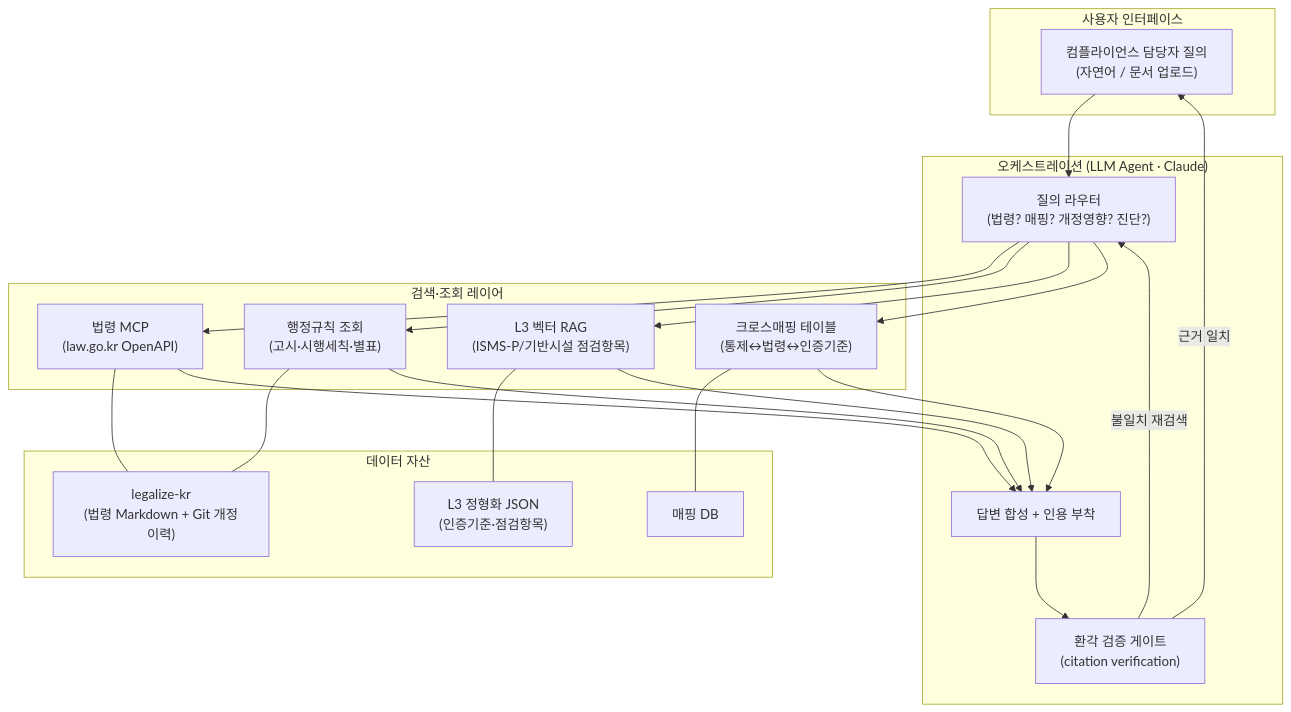
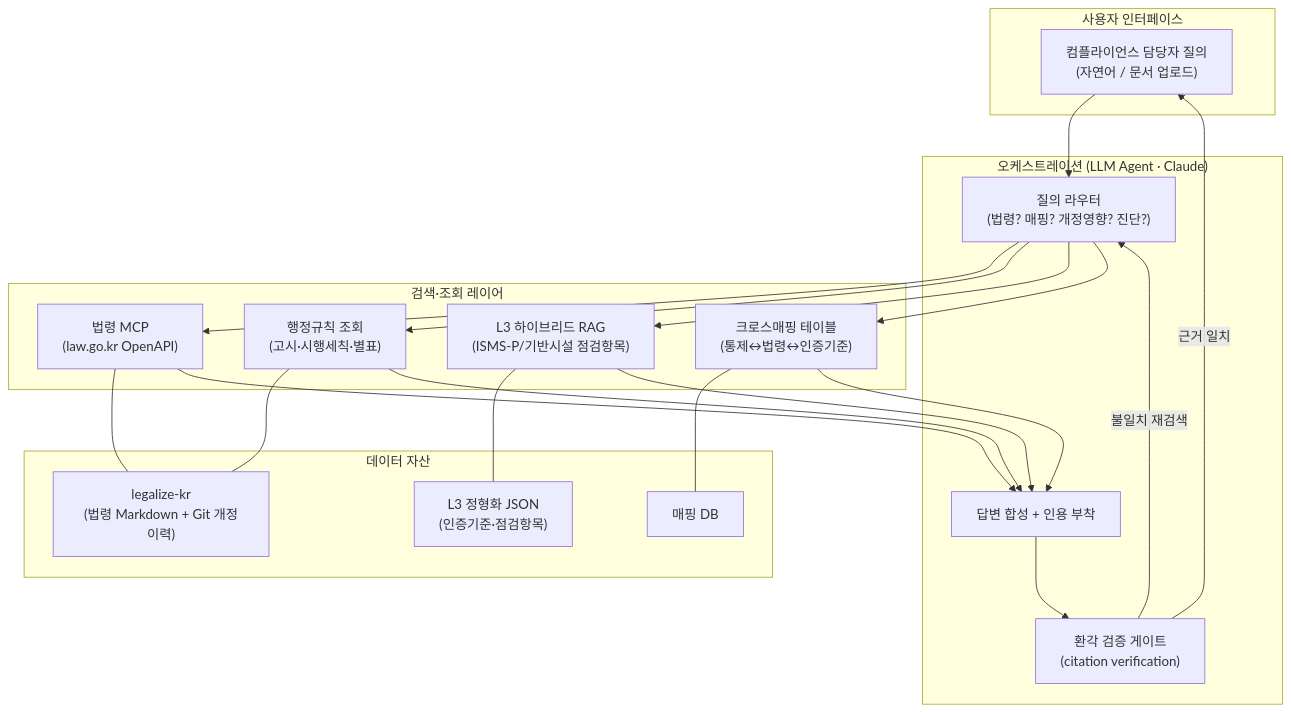
Before and after one commit to 3iuy-prog/kr-compliance-ai: the first of 2 diagrams in docs/01-architecture.md, drawn with Mermaid. The commit also changed other lines of this file and 8 other files, not shown here.

First line of the commit message:
feat(rag): TF-IDF + 로컬 임베딩(KURE-v1) 하이브리드 검색과 평가 도구

````diff
--- a/docs/01-architecture.md
+++ b/docs/01-architecture.md
@@ -10,36 +10,36 @@
 ```mermaid
 flowchart TB
     subgraph UI["사용자 인터페이스"]
         U1["컴플라이언스 담당자 질의<br/>(자연어 / 문서 업로드)"]
     end
 
     subgraph ORCH["오케스트레이션 (LLM Agent · Claude)"]
         A1["질의 라우터<br/>(법령? 매핑? 개정영향? 진단?)"]
         A2["답변 합성 + 인용 부착"]
         A3["환각 검증 게이트<br/>(citation verification)"]
     end
 
     subgraph RET["검색·조회 레이어"]
         M1["법령 MCP<br/>(law.go.kr OpenAPI)"]
         M2["행정규칙 조회<br/>(고시·시행세칙·별표)"]
-        R1["L3 벡터 RAG<br/>(ISMS-P/기반시설 점검항목)"]
+        R1["L3 하이브리드 RAG<br/>(ISMS-P/기반시설 점검항목)"]
         X1["크로스매핑 테이블<br/>(통제↔법령↔인증기준)"]
     end
 
     subgraph DATA["데이터 자산"]
         D1["legalize-kr<br/>(법령 Markdown + Git 개정이력)"]
         D2["L3 정형화 JSON<br/>(인증기준·점검항목)"]
         D3["매핑 DB"]
     end
 
     U1 --> A1
     A1 --> M1 & M2 & R1 & X1
     M1 --- D1
     M2 --- D1
     R1 --- D2
     X1 --- D3
     M1 & M2 & R1 & X1 --> A2
     A2 --> A3
     A3 -->|근거 일치| U1
     A3 -->|불일치 재검색| A1
 ```
````
